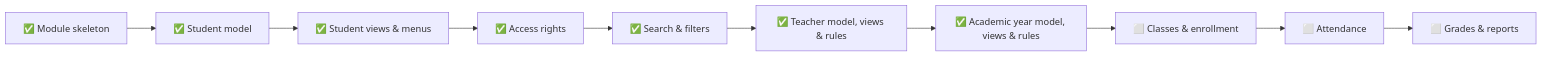
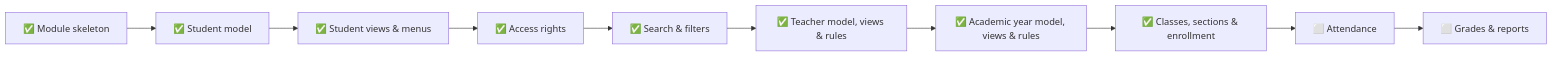
Before and after one commit to Ahmed-Samy-Omran/school_management: the sixth of 6 diagrams in README.md, drawn with Mermaid. The commit also changed other lines of this file and 9 other files, not shown here.

````diff
--- a/README.md
+++ b/README.md
@@ -278,12 +414,12 @@
 ```mermaid
 graph LR
     A["✅ Module skeleton"] --> B["✅ Student model"]
     B --> C["✅ Student views & menus"]
     C --> D["✅ Access rights"]
     D --> E["✅ Search & filters"]
     E --> F["✅ Teacher model, views & rules"]
     F --> F2["✅ Academic year model, views & rules"]
-    F2 --> G["⬜ Classes & enrollment"]
+    F2 --> G["✅ Classes, sections & enrollment"]
     G --> H["⬜ Attendance"]
     H --> I["⬜ Grades & reports"]
 ```
````
